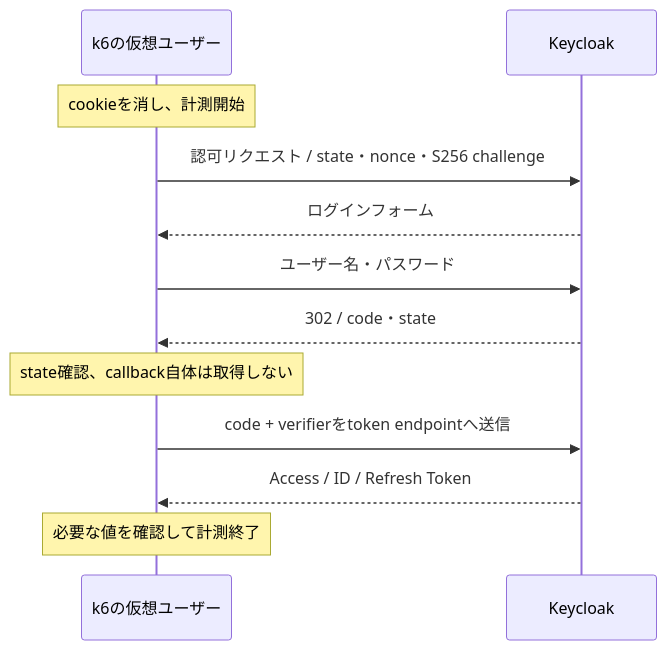
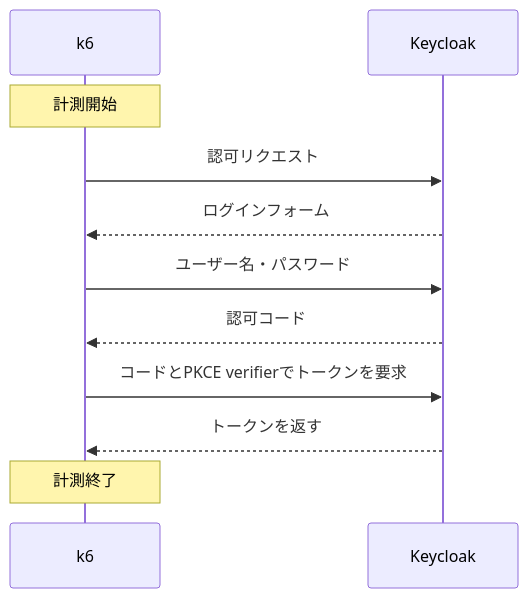
Before and after one commit to higuuu/oidc-load-lab: the second of 3 diagrams in article/qiita.md, drawn with Mermaid. The commit also changed other lines of this file and 6 other files, not shown here.

````diff
--- a/article/qiita.md
+++ b/article/qiita.md
@@ -73,14 +170,13 @@
 ```mermaid
 sequenceDiagram
-    participant V as k6の仮想ユーザー
+    participant T as k6
     participant K as Keycloak
-    Note over V: cookieを消し、計測開始
-    V->>K: 認可リクエスト / state・nonce・S256 challenge
-    K-->>V: ログインフォーム
-    V->>K: ユーザー名・パスワード
-    K-->>V: 302 / code・state
-    Note over V: state確認、callback自体は取得しない
-    V->>K: code + verifierをtoken endpointへ送信
-    K-->>V: Access / ID / Refresh Token
-    Note over V: 必要な値を確認して計測終了
+    Note over T: 計測開始
+    T->>K: 認可リクエスト
+    K-->>T: ログインフォーム
+    T->>K: ユーザー名・パスワード
+    K-->>T: 認可コード
+    T->>K: コードとPKCE verifierでトークンを要求
+    K-->>T: トークンを返す
+    Note over T: 計測終了
 ```
````
